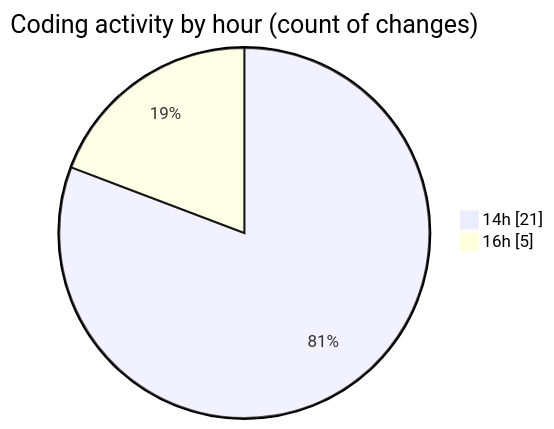
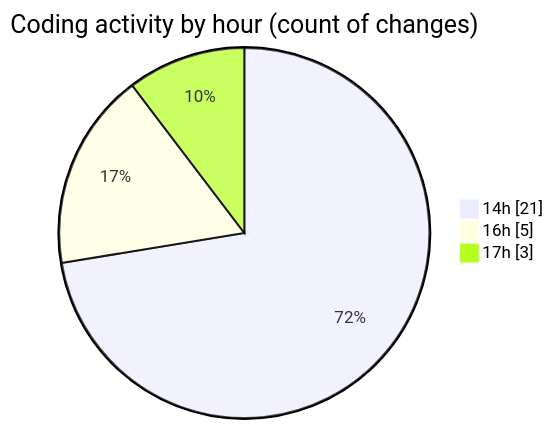
Before and after one commit to Ritupan-Deka/code-tracking: the second of 2 diagrams in 2025-07-14/urlwebwala_intership_work/README.md, drawn with Mermaid. The commit also changed other lines of this file and 1 other file, not shown here.

````diff
--- a/2025-07-14/urlwebwala_intership_work/README.md
+++ b/2025-07-14/urlwebwala_intership_work/README.md
@@ -28,6 +28,7 @@
 ```mermaid
 pie showData
 title Coding activity by hour (count of changes)
 "14h" : 21
 "16h" : 5
+"17h" : 3
 ```
````
